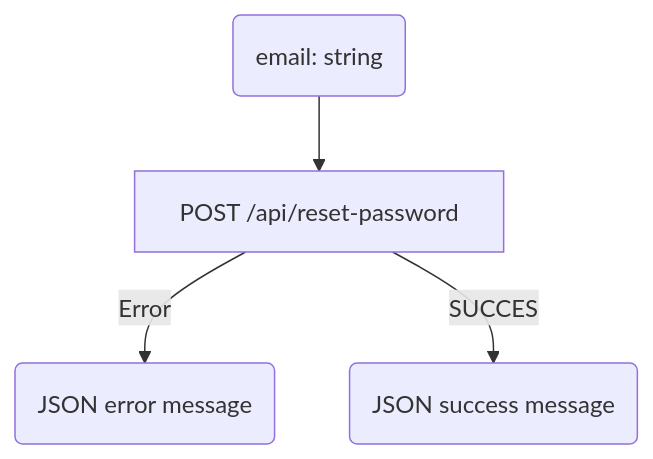
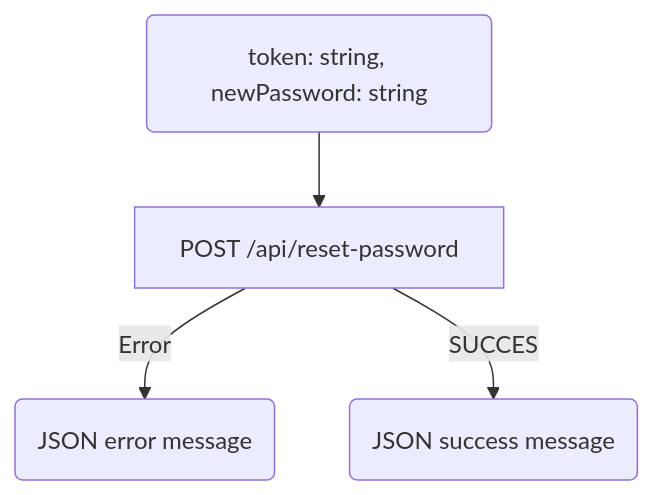
One commit to hauretax/Matcha_ultra_v2 changed the fifth of 6 diagrams in Readme.md. Above: the diagram before and after it, drawn with Mermaid. The commit also changed other lines of this file, not shown here.

````diff
--- a/Readme.md
+++ b/Readme.md
@@ -49,7 +49,7 @@
 ```mermaid
 flowchart TD
-    D(email: string) -->A
+    D(token: string, newPassword: string) -->A
     A[POST /api/reset-password] 
     A-->|Error| B(JSON error message)
     A-->|SUCCES| C(JSON success message)
 ``` 
````
